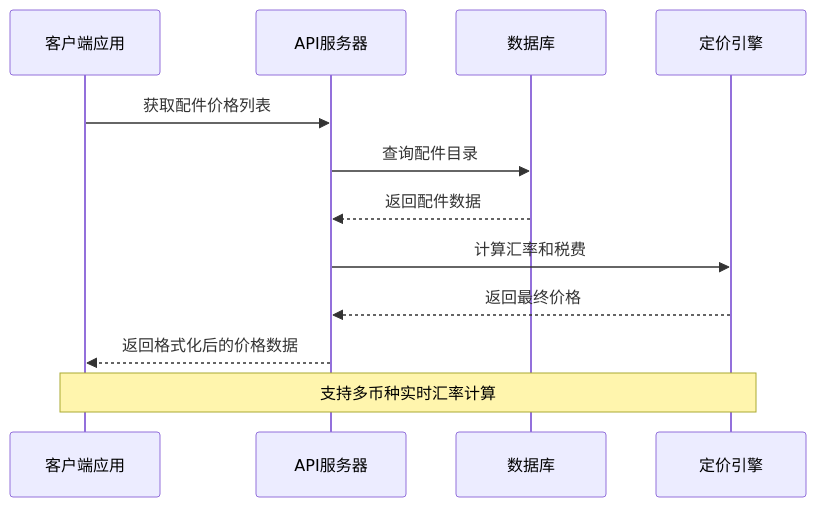
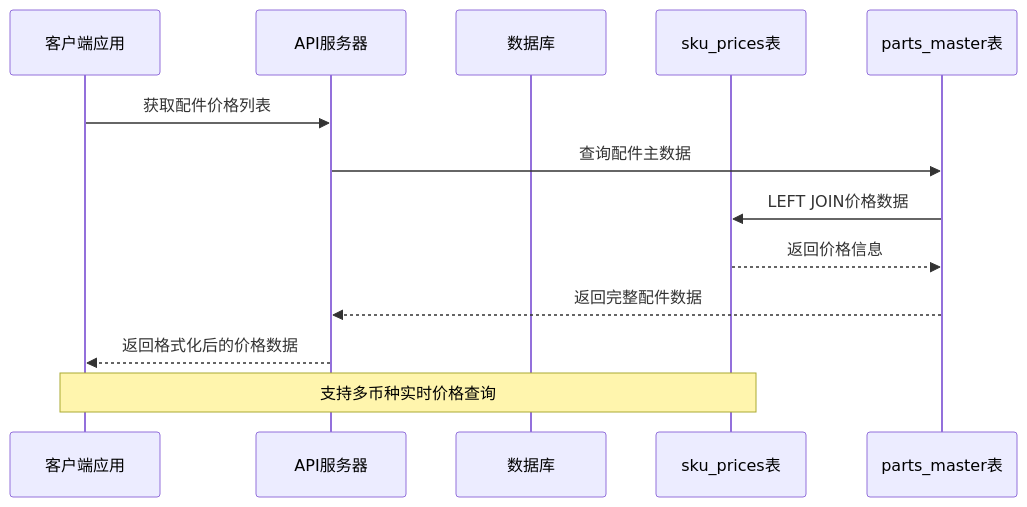
One commit to CubeEdge/Longhorn changed the second of 12 diagrams in .qoder/repowiki/zh/content/数据库设计/服务配件SKU定价.md. Above: the diagram before and after it, drawn with Mermaid. The commit also changed other lines of this file and 53 other files, not shown here.

````diff
--- a/.qoder/repowiki/zh/content/数据库设计/服务配件SKU定价.md
+++ b/.qoder/repowiki/zh/content/数据库设计/服务配件SKU定价.md
@@ -127,14 +143,15 @@
 ```mermaid
 sequenceDiagram
 participant Client as 客户端应用
 participant API as API服务器
 participant DB as 数据库
-participant Pricing as 定价引擎
+participant SKUPrices as sku_prices表
+participant PartsMaster as parts_master表
 Client->>API : 获取配件价格列表
-API->>DB : 查询配件目录
-DB-->>API : 返回配件数据
-API->>Pricing : 计算汇率和税费
-Pricing-->>API : 返回最终价格
+API->>PartsMaster : 查询配件主数据
+PartsMaster->>SKUPrices : LEFT JOIN价格数据
+SKUPrices-->>PartsMaster : 返回价格信息
+PartsMaster-->>API : 返回完整配件数据
 API-->>Client : 返回格式化后的价格数据
-Note over Client,Pricing : 支持多币种实时汇率计算
+Note over Client,SKUPrices : 支持多币种实时价格查询
 ```
````
